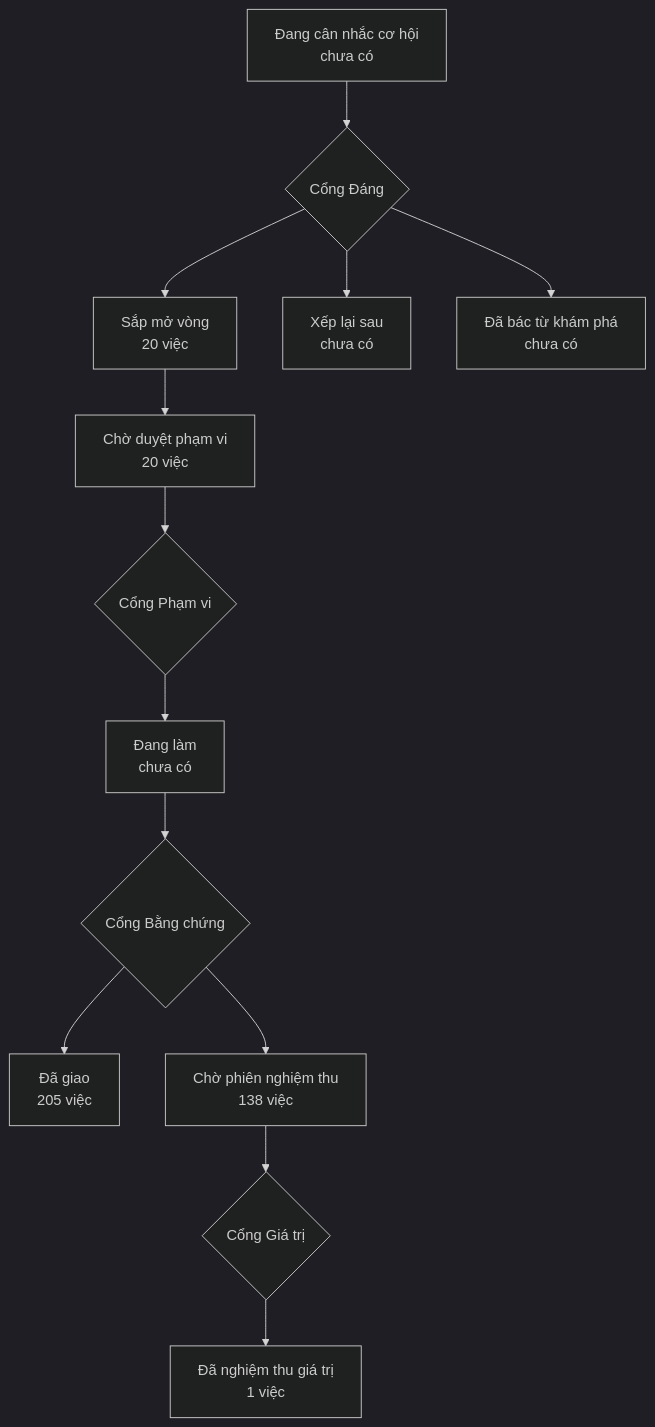
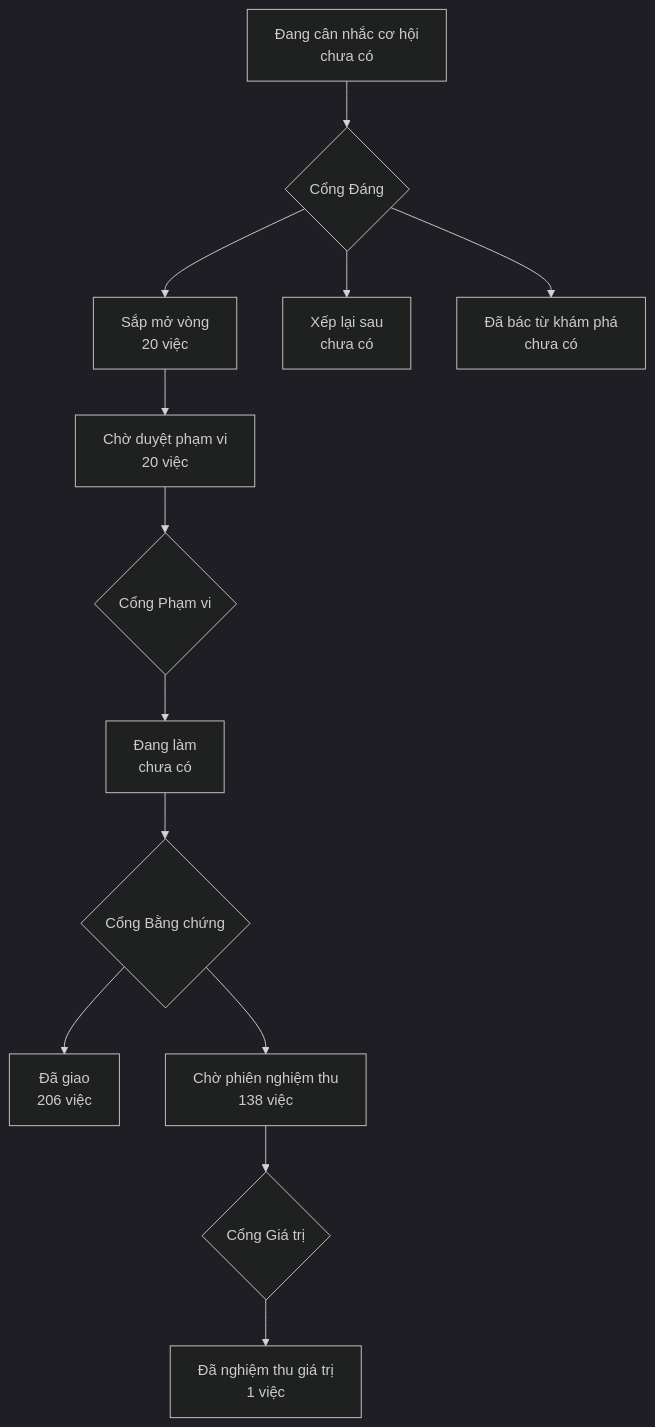
The diagram in PRODUCT-MAP.md (phanlemanh/onehub-invest), drawn with Mermaid (dark theme) before and after one commit. The commit also changed other lines of this file and 13 other files, not shown here.

````diff
--- a/PRODUCT-MAP.md
+++ b/PRODUCT-MAP.md
@@ -7,12 +7,12 @@
 ```mermaid
 flowchart TD
   A["Đang cân nhắc cơ hội<br/>chưa có"] --> GD{"Cổng Đáng"}
   GD --> B["Sắp mở vòng<br/>20 việc"]
   GD --> XL["Xếp lại sau<br/>chưa có"]
   GD --> DB["Đã bác từ khám phá<br/>chưa có"]
   B --> CD["Chờ duyệt phạm vi<br/>20 việc"] --> GP{"Cổng Phạm vi"}
   GP --> DL["Đang làm<br/>chưa có"] --> GB{"Cổng Bằng chứng"}
-  GB --> DG["Đã giao<br/>205 việc"]
+  GB --> DG["Đã giao<br/>206 việc"]
   GB --> CN["Chờ phiên nghiệm thu<br/>138 việc"] --> GG{"Cổng Giá trị"}
   GG --> NT["Đã nghiệm thu giá trị<br/>1 việc"]
 ```
````
